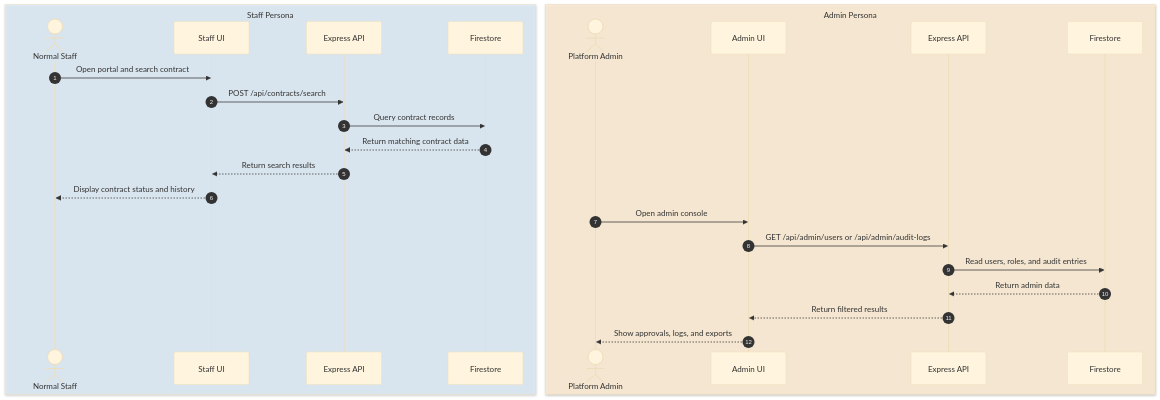
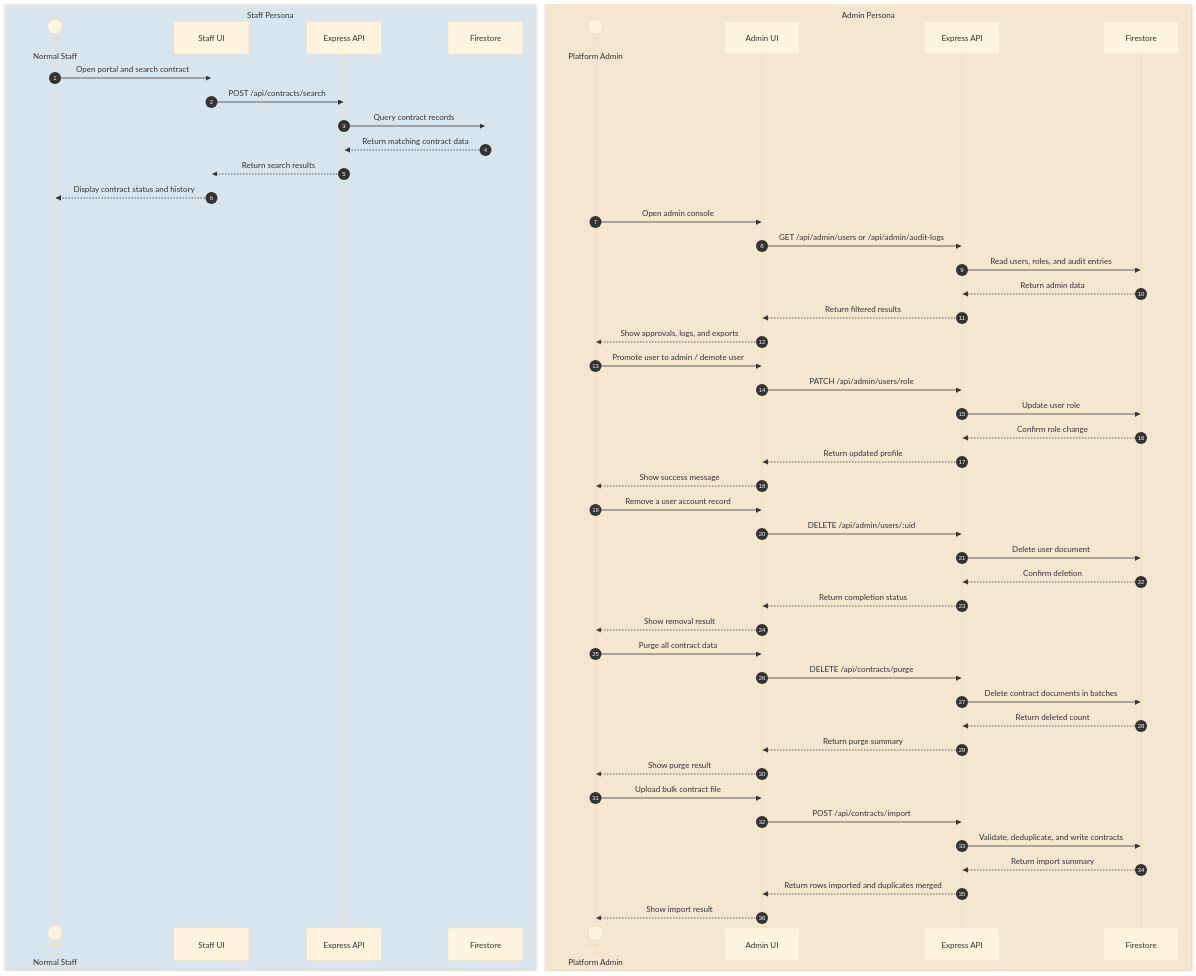
Before and after one commit to ebsystemdigitalization/Bridge-Contract-Status-Portal: the third of 3 diagrams in Design.md, drawn with Mermaid (base theme). The commit also changed 1 other file, not shown here.

Commit message:
Disable the ADB@C Temporarily

````diff
--- a/Design.md
+++ b/Design.md
@@ -104,31 +104,59 @@
 ```mermaid
 sequenceDiagram
     autonumber
     box rgba(220,240,255,0.6) Staff Persona
     actor Staff as Normal Staff
     participant SUI as Staff UI
     participant SAPI as Express API
     participant SFS as Firestore
     end
 
     box rgba(255,238,210,0.8) Admin Persona
     actor Admin as Platform Admin
     participant AUI as Admin UI
     participant AAPI as Express API
     participant AFS as Firestore
     end
 
     Staff->>SUI: Open portal and search contract
     SUI->>SAPI: POST /api/contracts/search
     SAPI->>SFS: Query contract records
     SFS-->>SAPI: Return matching contract data
     SAPI-->>SUI: Return search results
     SUI-->>Staff: Display contract status and history
 
     Admin->>AUI: Open admin console
     AUI->>AAPI: GET /api/admin/users or /api/admin/audit-logs
     AAPI->>AFS: Read users, roles, and audit entries
     AFS-->>AAPI: Return admin data
     AAPI-->>AUI: Return filtered results
     AUI-->>Admin: Show approvals, logs, and exports
+
+    Admin->>AUI: Promote user to admin / demote user
+    AUI->>AAPI: PATCH /api/admin/users/role
+    AAPI->>AFS: Update user role
+    AFS-->>AAPI: Confirm role change
+    AAPI-->>AUI: Return updated profile
+    AUI-->>Admin: Show success message
+
+    Admin->>AUI: Remove a user account record
+    AUI->>AAPI: DELETE /api/admin/users/:uid
+    AAPI->>AFS: Delete user document
+    AFS-->>AAPI: Confirm deletion
+    AAPI-->>AUI: Return completion status
+    AUI-->>Admin: Show removal result
+
+    Admin->>AUI: Purge all contract data
+    AUI->>AAPI: DELETE /api/contracts/purge
+    AAPI->>AFS: Delete contract documents in batches
+    AFS-->>AAPI: Return deleted count
+    AAPI-->>AUI: Return purge summary
+    AUI-->>Admin: Show purge result
+
+    Admin->>AUI: Upload bulk contract file
+    AUI->>AAPI: POST /api/contracts/import
+    AAPI->>AFS: Validate, deduplicate, and write contracts
+    AFS-->>AAPI: Return import summary
+    AAPI-->>AUI: Return rows imported and duplicates merged
+    AUI-->>Admin: Show import result
 ```
````
